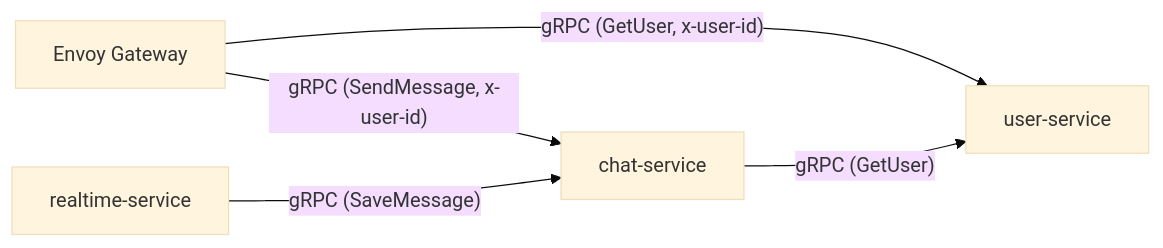
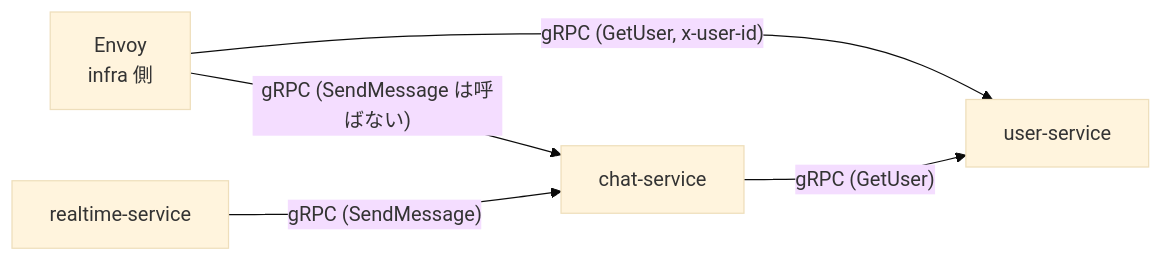
One commit to shunto-ishiguro/go-microservices-chat changed the first of 4 diagrams in docs/architecture/microservices.md. Above: the diagram before and after it, drawn with Mermaid (base theme). The commit also changed other lines of this file and 3 other files, not shown here.

First line of the commit message:
docs(architecture): app/infra 分離 + JWT 検証集約を反映

````diff
--- a/docs/architecture/microservices.md
+++ b/docs/architecture/microservices.md
@@ -130,7 +119,7 @@
 ```mermaid
 graph LR
-    EG[Envoy Gateway] -->|"gRPC (GetUser, x-user-id)"| US[user-service]
-    EG -->|"gRPC (SendMessage, x-user-id)"| CS[chat-service]
-    RS[realtime-service] -->|"gRPC (SaveMessage)"| CS
+    GW[Envoy<br/>infra 側] -->|"gRPC (GetUser, x-user-id)"| US[user-service]
+    GW -->|"gRPC (SendMessage は呼ばない)"| CS[chat-service]
+    RS[realtime-service] -->|"gRPC (SendMessage)"| CS
     CS -->|"gRPC (GetUser)"| US
 ```
````
